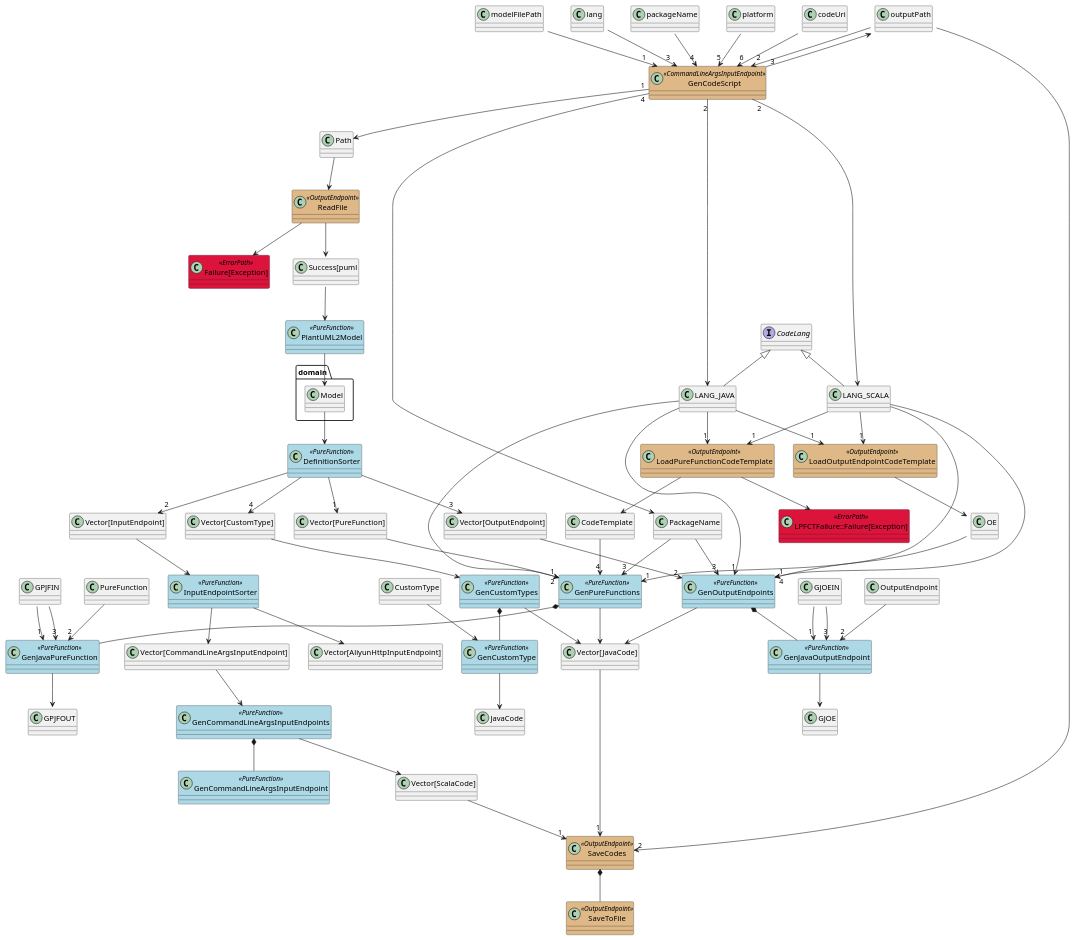
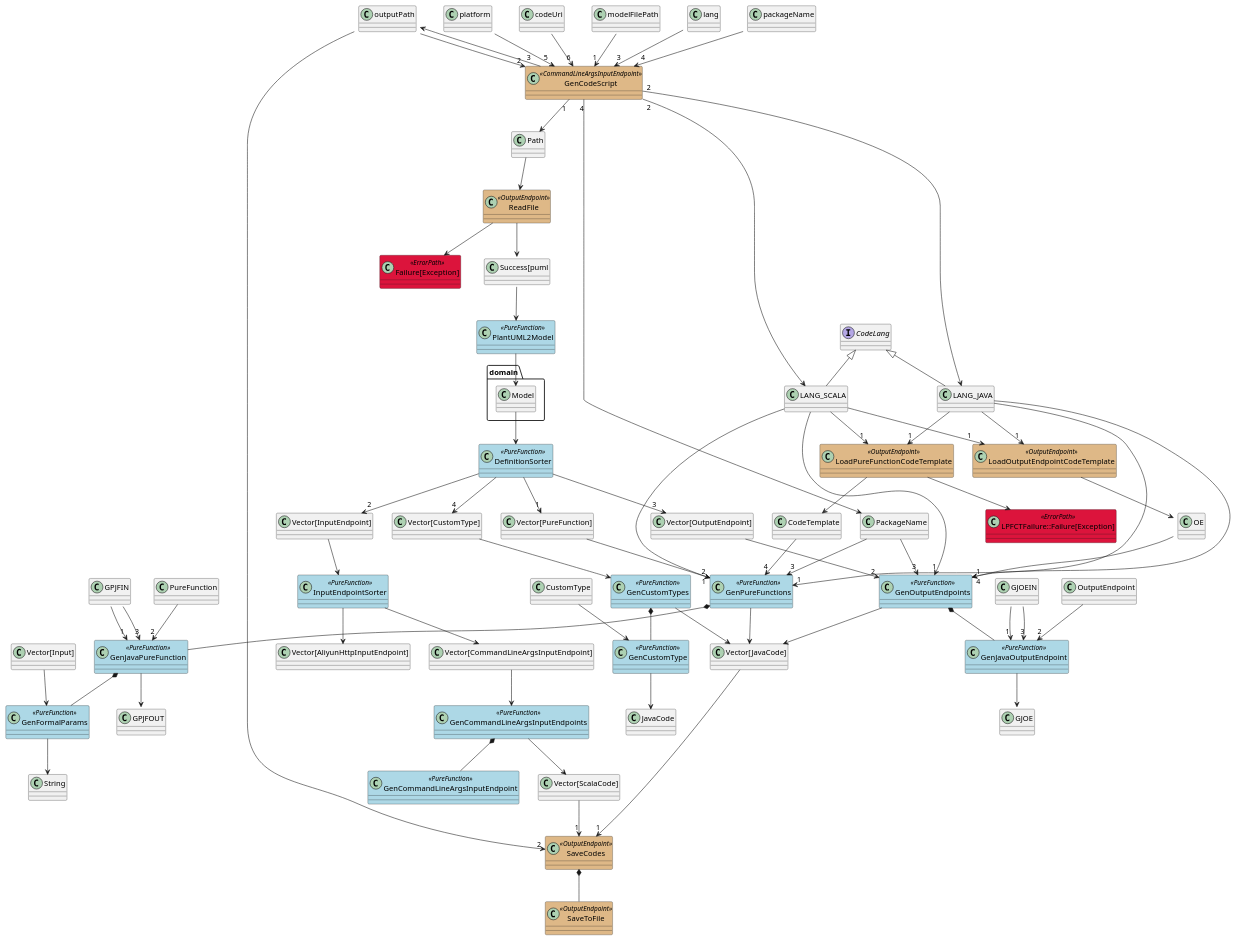
The diagram in typeflow/tooling/GenCode.puml (notyy/TypeFlow), drawn with PlantUML before and after one commit. The commit also changed 3 other files, not shown here.

Commit message:
refactor: extract GenFormalParams to separate pure function to injection

```diff
--- a/typeflow/tooling/GenCode.puml
+++ b/typeflow/tooling/GenCode.puml
@@ -1,101 +1,106 @@
 @startuml
 skinparam class {
 	BackgroundColor<<CommandLineInputEndpoint>> BurlyWood
 	BackgroundColor<<CommandLineArgsInputEndpoint>> BurlyWood
 	BackgroundColor<<AliyunHttpInputEndpoint>> BurlyWood
 	BackgroundColor<<OutputEndpoint>> BurlyWood
 	BackgroundColor<<PureFunction>> LightBlue
 	BackgroundColor<<AlternativePath>> LightGrey
 	BackgroundColor<<ErrorPath>> Crimson
 }
 
 class GenCodeScript <<CommandLineArgsInputEndpoint>>
 class ReadFile <<OutputEndpoint>>
 class PlantUML2Model <<PureFunction>>
 class GenPureFunctions <<PureFunction>>
 class GenJavaPureFunction <<PureFunction>>
 class GenOutputEndpoints <<PureFunction>>
 class GenJavaOutputEndpoint <<PureFunction>>
 class GenCommandLineArgsInputEndpoints <<PureFunction>>
 class GenCommandLineArgsInputEndpoint <<PureFunction>>
 class GenCustomTypes <<PureFunction>>
 class GenCustomType <<PureFunction>>
 class DefinitionSorter <<PureFunction>>
 class InputEndpointSorter <<PureFunction>>
 class SaveCodes <<OutputEndpoint>>
 class SaveToFile <<OutputEndpoint>>
 class "Failure[Exception]" <<ErrorPath>>
 class "LPFCTFailure::Failure[Exception]" <<ErrorPath>>
 class LoadPureFunctionCodeTemplate <<OutputEndpoint>>
 class LoadOutputEndpointCodeTemplate <<OutputEndpoint>>
+class GenFormalParams <<PureFunction>>
 interface CodeLang
 CodeLang <|-- LANG_JAVA
 CodeLang <|-- LANG_SCALA
 
 modelFilePath::String --> "1" GenCodeScript
 outputPath::String --> "2" GenCodeScript
 lang::String --> "3" GenCodeScript
 packageName::String --> "4" GenCodeScript
 platform::String --> "5" GenCodeScript
 codeUri::String --> "6" GenCodeScript
 GenCodeScript "1" --> Path
 GenCodeScript "2" --> LANG_JAVA
 GenCodeScript "2" --> LANG_SCALA
 GenCodeScript "3" --> outputPath::Path
 GenCodeScript "4" --> PackageName
+
+"Vector[Input]" --> GenFormalParams
+GenFormalParams --> String
+GenJavaPureFunction *-- GenFormalParams
 
 LANG_JAVA -> "1" GenPureFunctions
 LANG_SCALA -> "1" GenPureFunctions
 LANG_JAVA --> "1" LoadPureFunctionCodeTemplate
 LANG_SCALA --> "1" LoadPureFunctionCodeTemplate
 LANG_JAVA -> "1" GenOutputEndpoints
 LANG_SCALA -> "1" GenOutputEndpoints
 LANG_JAVA --> "1" LoadOutputEndpointCodeTemplate
 LANG_SCALA --> "1" LoadOutputEndpointCodeTemplate
 LoadPureFunctionCodeTemplate --> CodeTemplate
 LoadPureFunctionCodeTemplate --> "LPFCTFailure::Failure[Exception]"
 LoadOutputEndpointCodeTemplate --> "OE::CodeTemplate"
 CodeTemplate --> "4" GenPureFunctions
 "OE::CodeTemplate" --> "4" GenOutputEndpoints
 Path --> ReadFile
 ReadFile --> "Success[puml::String]"
 ReadFile --> "Failure[Exception]"
 "Success[puml::String]" --> PlantUML2Model
 PlantUML2Model --> domain.Model
 domain.Model --> DefinitionSorter
 DefinitionSorter --> "1" "Vector[PureFunction]"
 DefinitionSorter --> "2" "Vector[InputEndpoint]"
 DefinitionSorter --> "3" "Vector[OutputEndpoint]"
 DefinitionSorter --> "4" "Vector[CustomType]"
 "Vector[InputEndpoint]" --> InputEndpointSorter
 InputEndpointSorter --> "Vector[CommandLineArgsInputEndpoint]"
 InputEndpointSorter --> "Vector[AliyunHttpInputEndpoint]"
 "Vector[PureFunction]" --> "2" GenPureFunctions
 "Vector[CustomType]" --> GenCustomTypes
 GenCustomTypes --> "Vector[JavaCode]"
 GenCustomTypes *-- GenCustomType
 CustomType --> GenCustomType
 GenCustomType --> JavaCode
 PackageName --> "3" GenPureFunctions
 PackageName --> "3" GenOutputEndpoints
 GenPureFunctions --> "Vector[JavaCode]"
 GenPureFunctions *-- GenJavaPureFunction
 GPJFIN::PackageName --> "1" GenJavaPureFunction
 PureFunction --> "2" GenJavaPureFunction
 GPJFIN::CodeTemplate --> "3" GenJavaPureFunction
 GenJavaPureFunction --> GPJFOUT::JavaCode
 "Vector[OutputEndpoint]" --> "2" GenOutputEndpoints
 GenOutputEndpoints --> "Vector[JavaCode]"
 GenOutputEndpoints *-- GenJavaOutputEndpoint
 GJOEIN::PackageName --> "1" GenJavaOutputEndpoint
 OutputEndpoint --> "2" GenJavaOutputEndpoint
 GJOEIN::CodeTemplate --> "3" GenJavaOutputEndpoint
 GenJavaOutputEndpoint --> GJOE::JavaCode
 "Vector[CommandLineArgsInputEndpoint]" --> GenCommandLineArgsInputEndpoints
 GenCommandLineArgsInputEndpoints --> "Vector[ScalaCode]"
 GenCommandLineArgsInputEndpoints *-- GenCommandLineArgsInputEndpoint
 "Vector[ScalaCode]" --> "1" SaveCodes
 "Vector[JavaCode]" --> "1" SaveCodes
 outputPath::Path --> "2" SaveCodes
 SaveCodes *-- SaveToFile
 @enduml
```
